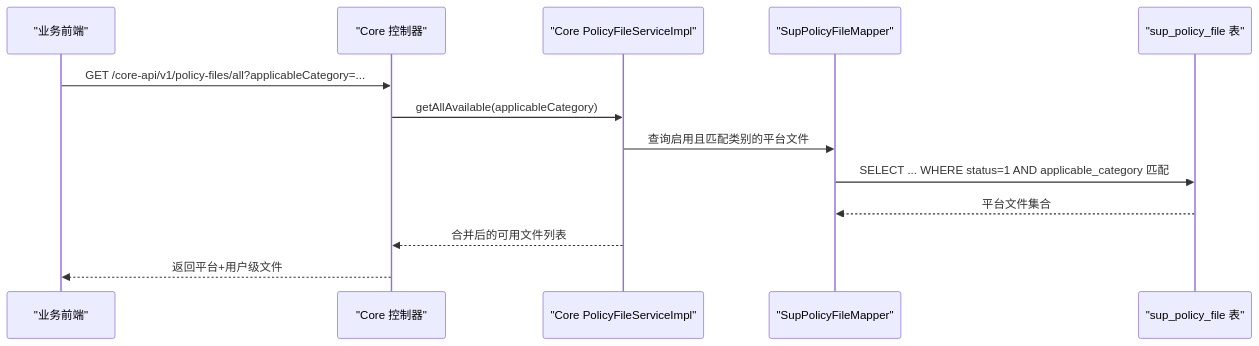
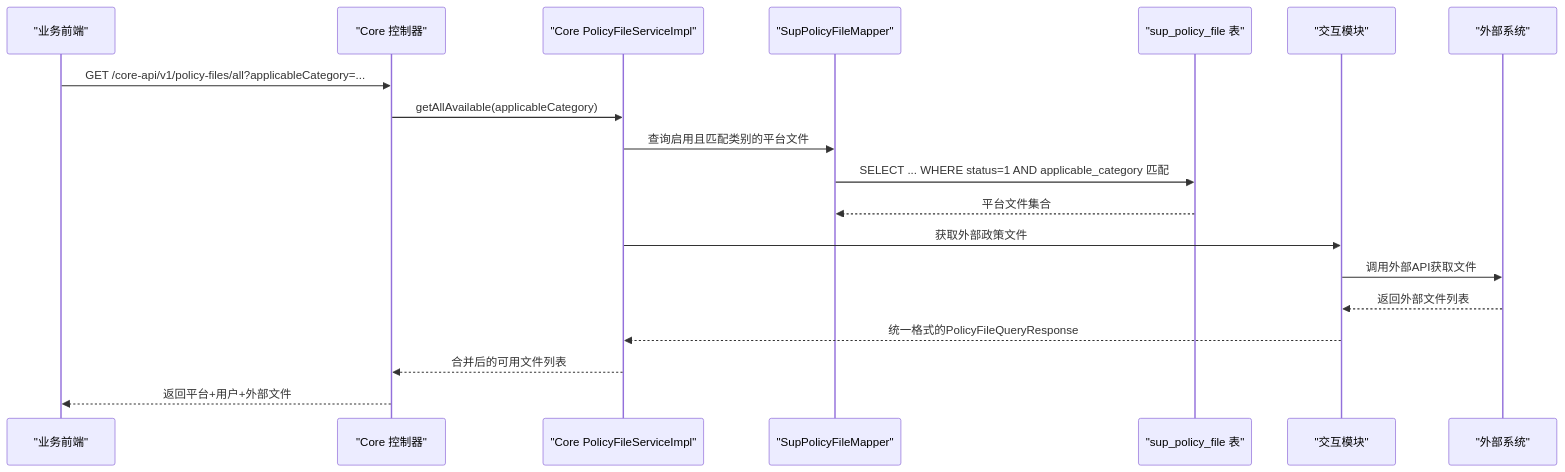
The second of 5 diagrams in .qoder/repowiki/zh/content/数据库设计/系统配置数据模型/业务配置数据/政策文件管理数据模型.md (DrunkFood/First), drawn with Mermaid before and after one commit. The commit also changed other lines of this file and 103 other files, not shown here.

````diff
--- a/.qoder/repowiki/zh/content/数据库设计/系统配置数据模型/业务配置数据/政策文件管理数据模型.md
+++ b/.qoder/repowiki/zh/content/数据库设计/系统配置数据模型/业务配置数据/政策文件管理数据模型.md
@@ -117,15 +140,21 @@
 ```mermaid
 sequenceDiagram
 participant FE as "业务前端"
 participant API as "Core 控制器"
 participant SVC as "Core PolicyFileServiceImpl"
 participant MAP as "SupPolicyFileMapper"
 participant DB as "sup_policy_file 表"
+participant INTERACTION as "交互模块"
+participant EXT_SYS as "外部系统"
 FE->>API : GET /core-api/v1/policy-files/all?applicableCategory=...
 API->>SVC : getAllAvailable(applicableCategory)
 SVC->>MAP : 查询启用且匹配类别的平台文件
 MAP->>DB : SELECT ... WHERE status=1 AND applicable_category 匹配
 DB-->>MAP : 平台文件集合
+SVC->>INTERACTION : 获取外部政策文件
+INTERACTION->>EXT_SYS : 调用外部API获取文件
+EXT_SYS-->>INTERACTION : 返回外部文件列表
+INTERACTION-->>SVC : 统一格式的PolicyFileQueryResponse
 SVC-->>API : 合并后的可用文件列表
-API-->>FE : 返回平台+用户级文件
+API-->>FE : 返回平台+用户+外部文件
 ```
````
